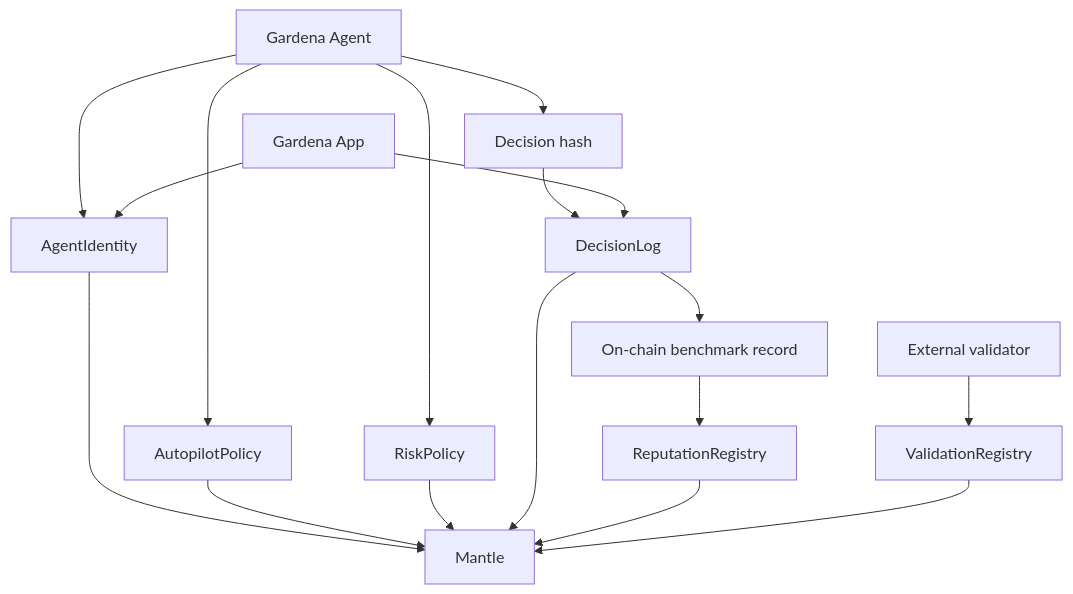
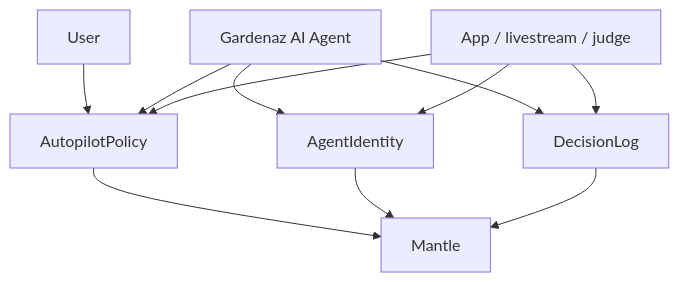
One commit to Gardenaz/contracts changed the diagram in README.md. Above: the diagram before and after it, drawn with Mermaid. The commit also changed other lines of this file and 19 other files, not shown here.

````diff
--- a/README.md
+++ b/README.md
@@ -132,19 +75,13 @@
 ```mermaid
 flowchart TD
-    Agent[Gardena Agent] --> Identity[AgentIdentity]
-    Agent --> AutoPolicy[AutopilotPolicy]
-    Agent --> Risk[RiskPolicy]
-    Agent --> Hash[Decision hash]
-    Hash --> Log[DecisionLog]
-    Log --> Bench[On-chain benchmark record]
-    Bench --> Reputation[ReputationRegistry]
-    Validator[External validator] --> Validation[ValidationRegistry]
-    App[Gardena App] --> Log
-    App --> Identity
-    Identity --> Mantle[Mantle]
-    AutoPolicy --> Mantle
-    Risk --> Mantle
+    Agent[Gardenaz AI Agent] --> Identity[AgentIdentity]
+    User[User] --> Policy[AutopilotPolicy]
+    Agent --> Policy
+    Agent --> Log[DecisionLog]
+    Policy --> Mantle[Mantle]
+    Identity --> Mantle
     Log --> Mantle
-    Reputation --> Mantle
-    Validation --> Mantle
+    Viewer[App / livestream / judge] --> Identity
+    Viewer --> Policy
+    Viewer --> Log
 ```
````
